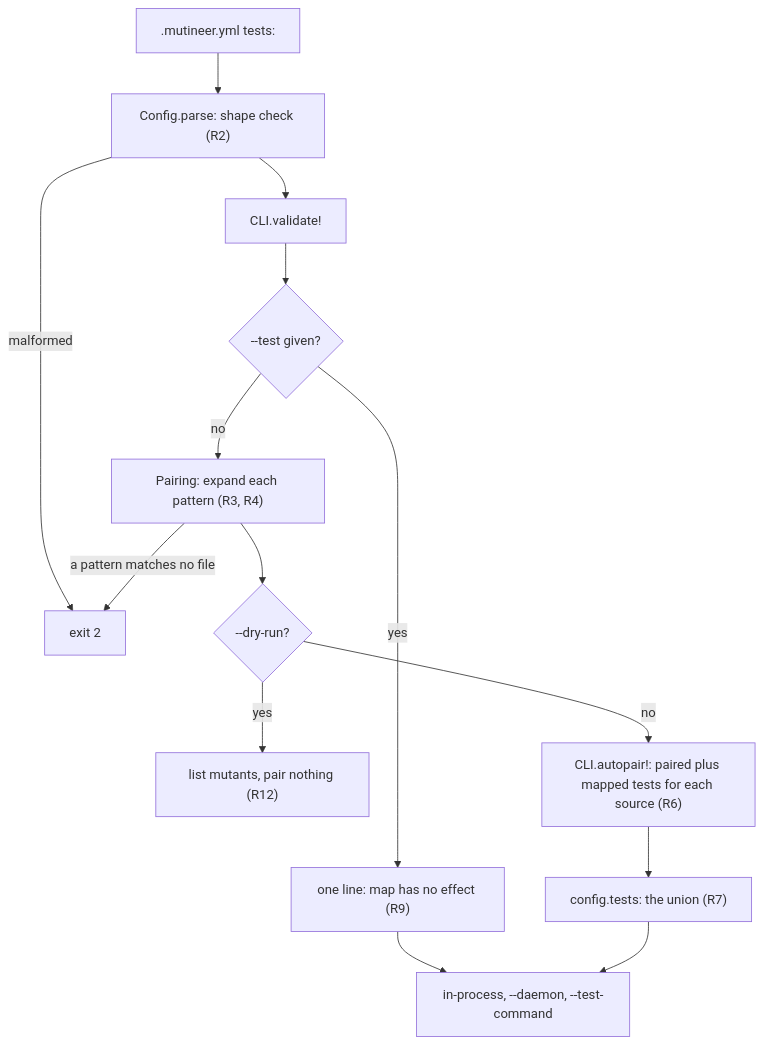
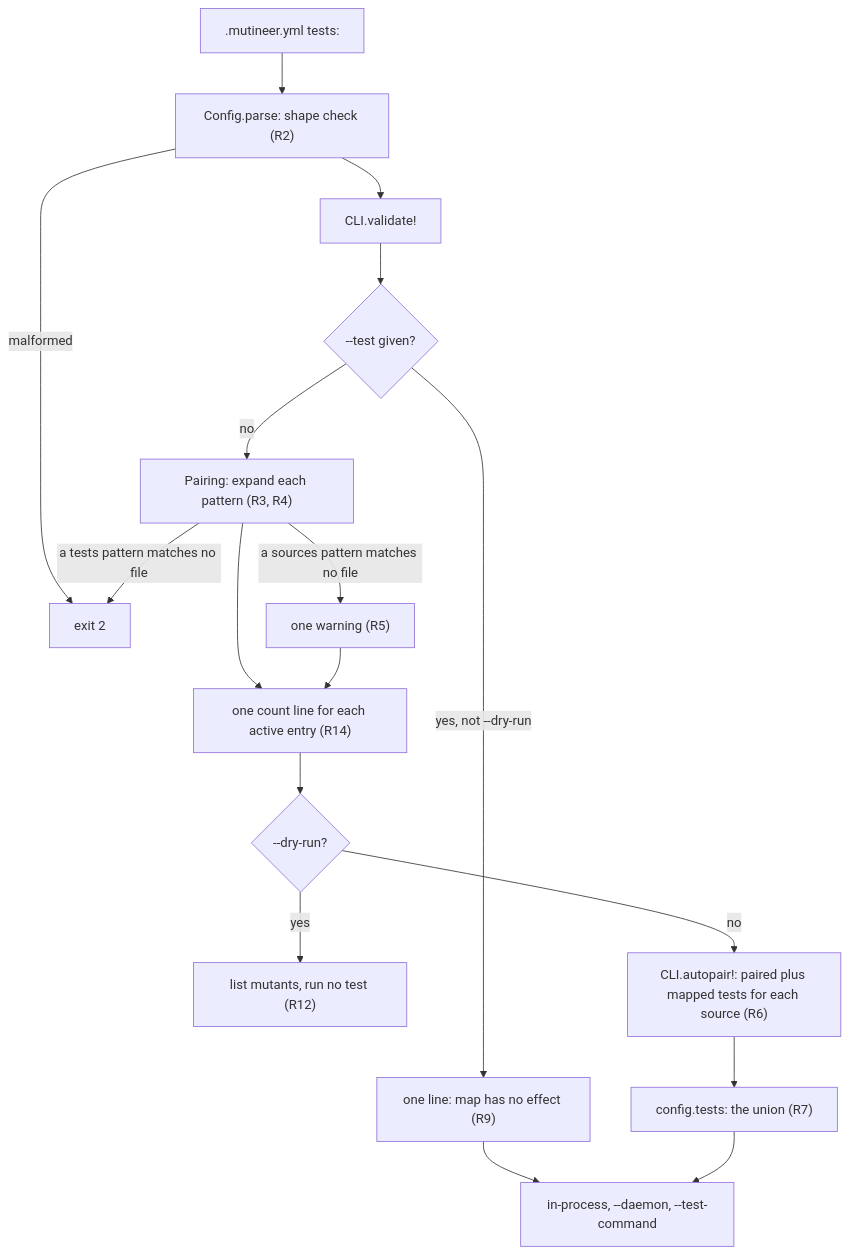
Before and after one commit to davidteren/mutineer: the diagram in docs/plans/2026-11-10-382-feat-tests-map-in-config-plan.md, drawn with Mermaid. The commit also changed other lines of this file and 14 other files, not shown here.

````diff
--- a/docs/plans/2026-11-10-382-feat-tests-map-in-config-plan.md
+++ b/docs/plans/2026-11-10-382-feat-tests-map-in-config-plan.md
@@ -154,16 +167,19 @@
 ```mermaid
 flowchart TB
   Y[".mutineer.yml tests:"] --> P["Config.parse: shape check (R2)"]
   P -->|malformed| X["exit 2"]
   P --> V["CLI.validate!"]
   V --> T{"--test given?"}
-  T -->|yes| W["one line: map has no effect (R9)"]
+  T -->|yes, not --dry-run| W["one line: map has no effect (R9)"]
   T -->|no| G["Pairing: expand each pattern (R3, R4)"]
-  G -->|a pattern matches no file| X
-  G --> D{"--dry-run?"}
-  D -->|yes| L["list mutants, pair nothing (R12)"]
+  G -->|a tests pattern matches no file| X
+  G -->|a sources pattern matches no file| S["one warning (R5)"]
+  G --> C["one count line for each active entry (R14)"]
+  S --> C
+  C --> D{"--dry-run?"}
+  D -->|yes| L["list mutants, run no test (R12)"]
   D -->|no| A["CLI.autopair!: paired plus mapped tests for each source (R6)"]
   A --> U["config.tests: the union (R7)"]
   W --> B["in-process, --daemon, --test-command"]
   U --> B
 ```
````
